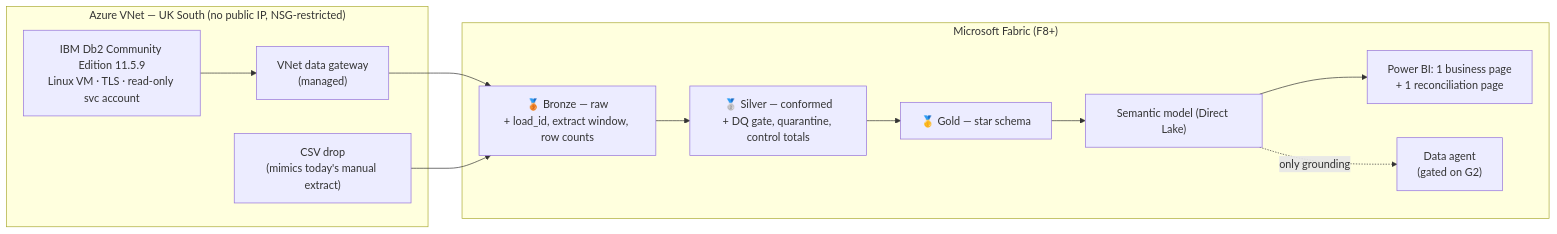
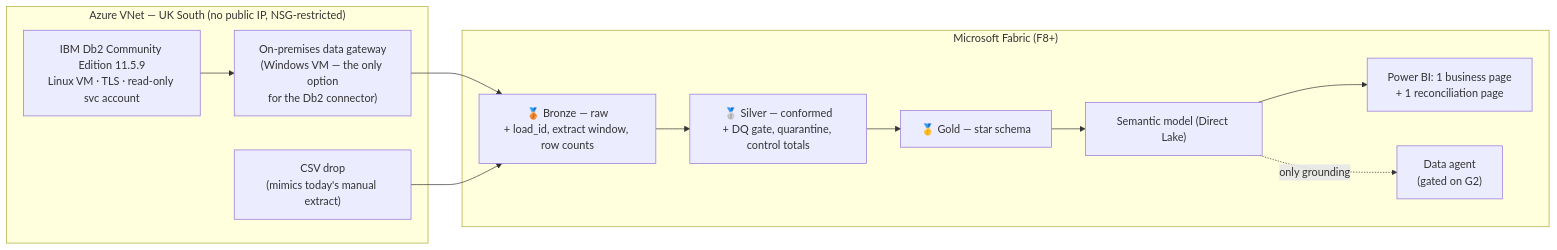
Before and after one commit to AlahmadiQ8/nbki-ibm-db2-demo: the diagram in docs/feasibility.md, drawn with Mermaid. The commit also changed other lines of this file and 21 other files, not shown here.

````diff
--- a/docs/feasibility.md
+++ b/docs/feasibility.md
@@ -74,20 +74,20 @@
 ```mermaid
 flowchart LR
   subgraph AZ["Azure VNet — UK South (no public IP, NSG-restricted)"]
     DB2["IBM Db2 Community Edition 11.5.9<br/>Linux VM · TLS · read-only svc account"]
     CSV["CSV drop<br/>(mimics today's manual extract)"]
-    GW["VNet data gateway<br/>(managed)"]
+    GW["On-premises data gateway<br/>(Windows VM — the only option<br/>for the Db2 connector)"]
   end
   subgraph FAB["Microsoft Fabric (F8+)"]
     B["🥉 Bronze — raw<br/>+ load_id, extract window, row counts"]
     S["🥈 Silver — conformed<br/>+ DQ gate, quarantine, control totals"]
     G["🥇 Gold — star schema"]
     SM["Semantic model (Direct Lake)"]
     RPT["Power BI: 1 business page<br/>+ 1 reconciliation page"]
     AG["Data agent<br/>(gated on G2)"]
   end
   DB2 --> GW --> B
   CSV --> B
   B --> S --> G --> SM --> RPT
   SM -.only grounding.-> AG
 ```
````
